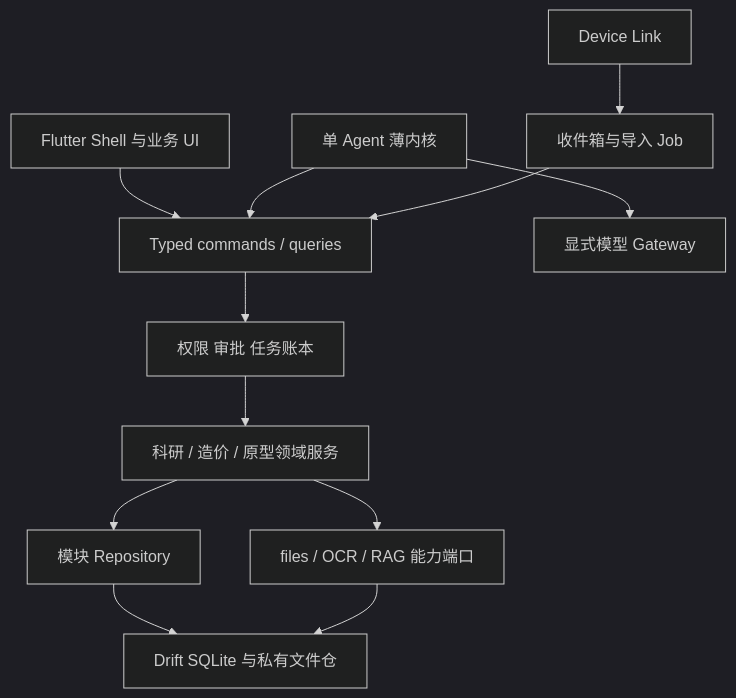
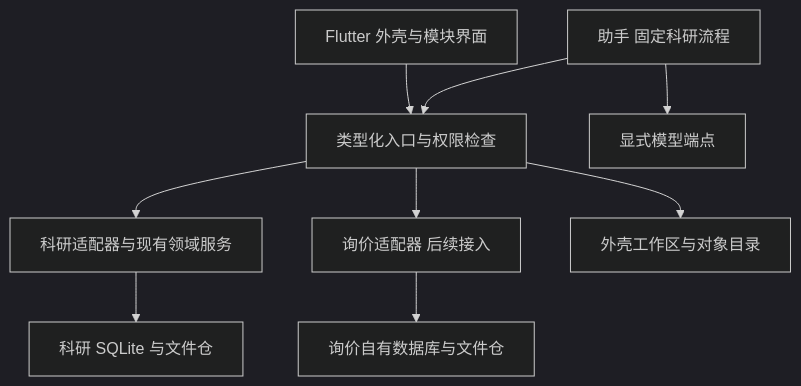
One commit to mightyoung/Muyon changed the diagram in docs/superpowers/specs/2026-10-03-muspace-v0.1-design.md. Above: the diagram before and after it, drawn with Mermaid (dark theme). The commit also changed other lines of this file and 9 other files, not shown here.

````diff
--- a/docs/superpowers/specs/2026-10-03-muspace-v0.1-design.md
+++ b/docs/superpowers/specs/2026-10-03-muspace-v0.1-design.md
@@ -48,14 +21,11 @@
 ```mermaid
 flowchart TD
-  UI[Flutter Shell 与业务 UI] --> API[Typed commands / queries]
-  Agent[单 Agent 薄内核] --> API
-  API --> Policy[权限 审批 任务账本]
-  Policy --> Domain[科研 / 造价 / 原型领域服务]
-  Domain --> Repo[模块 Repository]
-  Repo --> Data[Drift SQLite 与私有文件仓]
-  Domain --> Cap[files / OCR / RAG 能力端口]
-  Cap --> Data
-  Agent --> Gateway[显式模型 Gateway]
-  LAN[Device Link] --> Inbox[收件箱与导入 Job]
-  Inbox --> API
+  UI[Flutter 外壳与模块界面] --> Host[类型化入口与权限检查]
+  Agent[助手 固定科研流程] --> Host
+  Host --> Research[科研适配器与现有领域服务]
+  Host --> Supplier[询价适配器 后续接入]
+  Research --> RDB[科研 SQLite 与文件仓]
+  Supplier --> SDB[询价自有数据库与文件仓]
+  Host --> Catalog[外壳工作区与对象目录]
+  Agent --> Model[显式模型端点]
 ```
````
